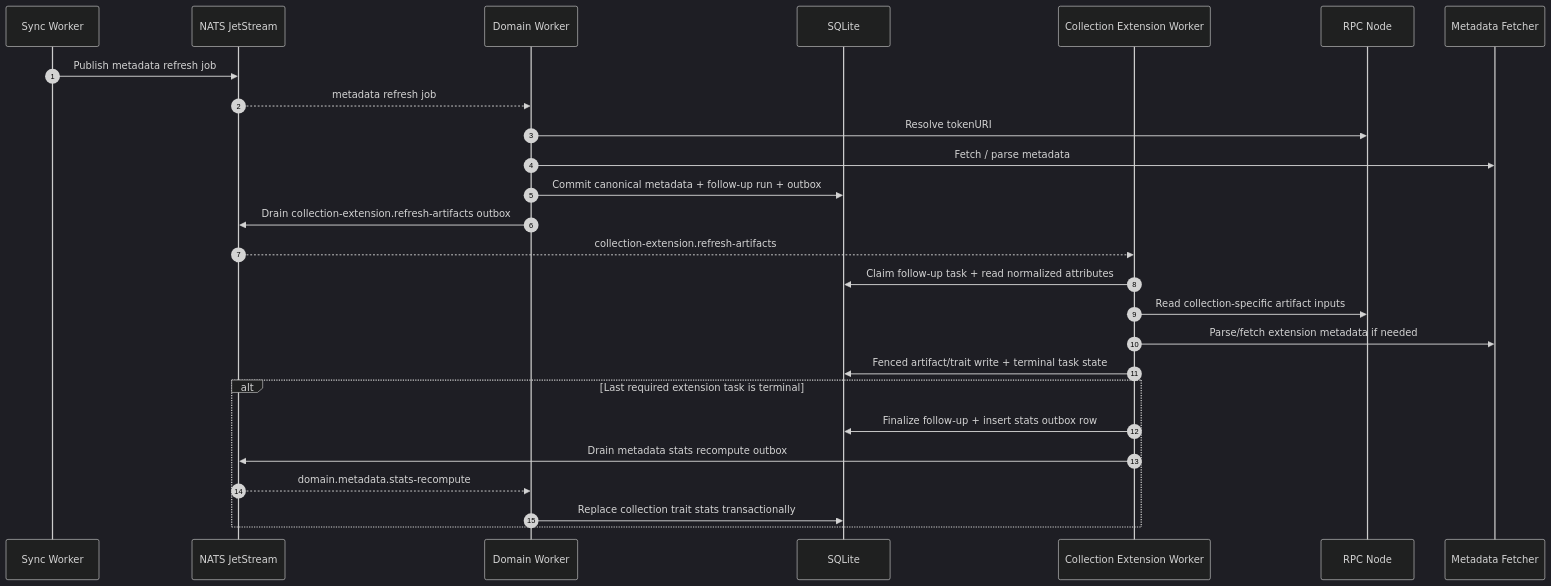
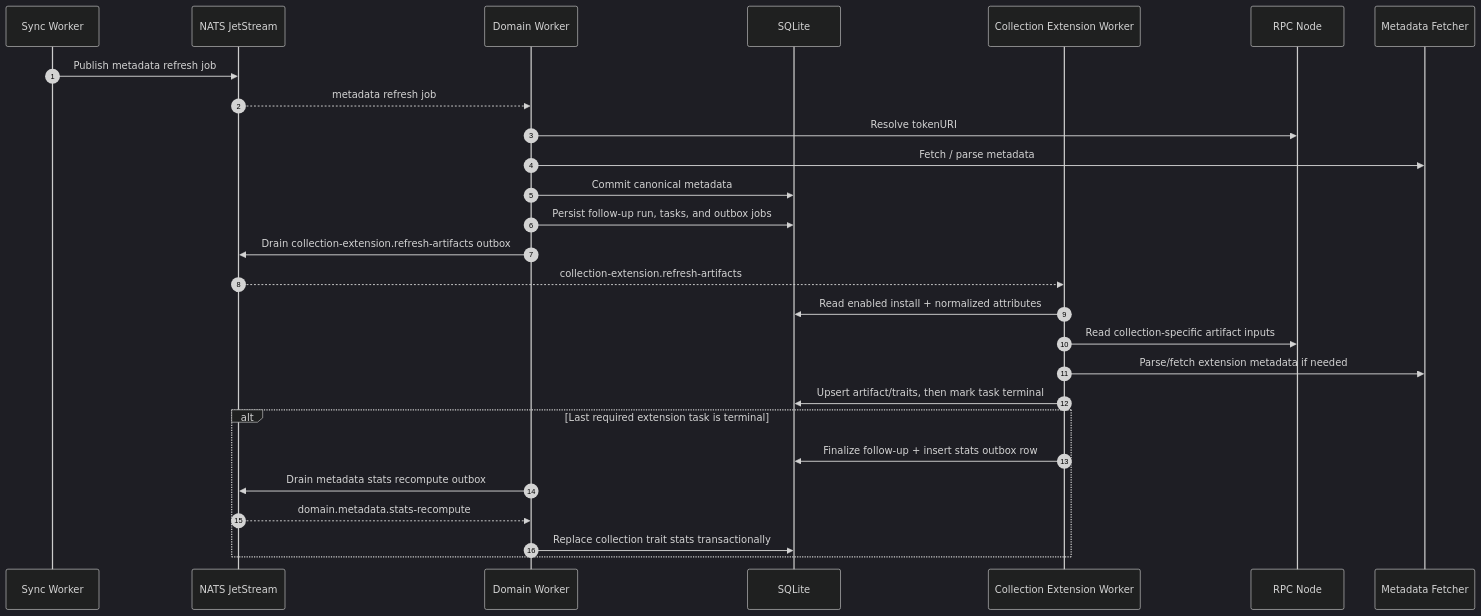
Before and after one commit to d347h-eth/artgod: the third of 4 diagrams in docs/indexer/13-sequence-diagrams.md, drawn with Mermaid (dark theme). The commit also changed other lines of this file and 40 other files, not shown here.

````diff
--- a/docs/indexer/13-sequence-diagrams.md
+++ b/docs/indexer/13-sequence-diagrams.md
@@ -100,30 +113,31 @@
 ```mermaid
 sequenceDiagram
     autonumber
     participant Sync as Sync Worker
     participant NATS as NATS JetStream
     participant Domain as Domain Worker
     participant DB as SQLite
     participant Ext as Collection Extension Worker
     participant RPC as RPC Node
     participant MetaHTTP as Metadata Fetcher
 
     Sync->>NATS: Publish metadata refresh job
     NATS-->>Domain: metadata refresh job
     Domain->>RPC: Resolve tokenURI
     Domain->>MetaHTTP: Fetch / parse metadata
-    Domain->>DB: Commit canonical metadata + follow-up run + outbox
+    Domain->>DB: Commit canonical metadata
+    Domain->>DB: Persist follow-up run, tasks, and outbox jobs
     Domain->>NATS: Drain collection-extension.refresh-artifacts outbox
 
     NATS-->>Ext: collection-extension.refresh-artifacts
-    Ext->>DB: Claim follow-up task + read normalized attributes
+    Ext->>DB: Read enabled install + normalized attributes
     Ext->>RPC: Read collection-specific artifact inputs
     Ext->>MetaHTTP: Parse/fetch extension metadata if needed
-    Ext->>DB: Fenced artifact/trait write + terminal task state
+    Ext->>DB: Upsert artifact/traits, then mark task terminal
     alt Last required extension task is terminal
         Ext->>DB: Finalize follow-up + insert stats outbox row
-        Ext->>NATS: Drain metadata stats recompute outbox
+        Domain->>NATS: Drain metadata stats recompute outbox
         NATS-->>Domain: domain.metadata.stats-recompute
         Domain->>DB: Replace collection trait stats transactionally
     end
 ```
````
